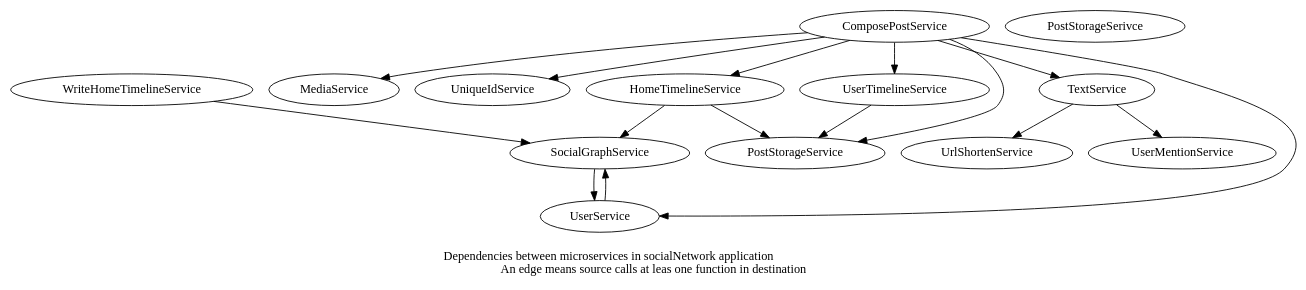
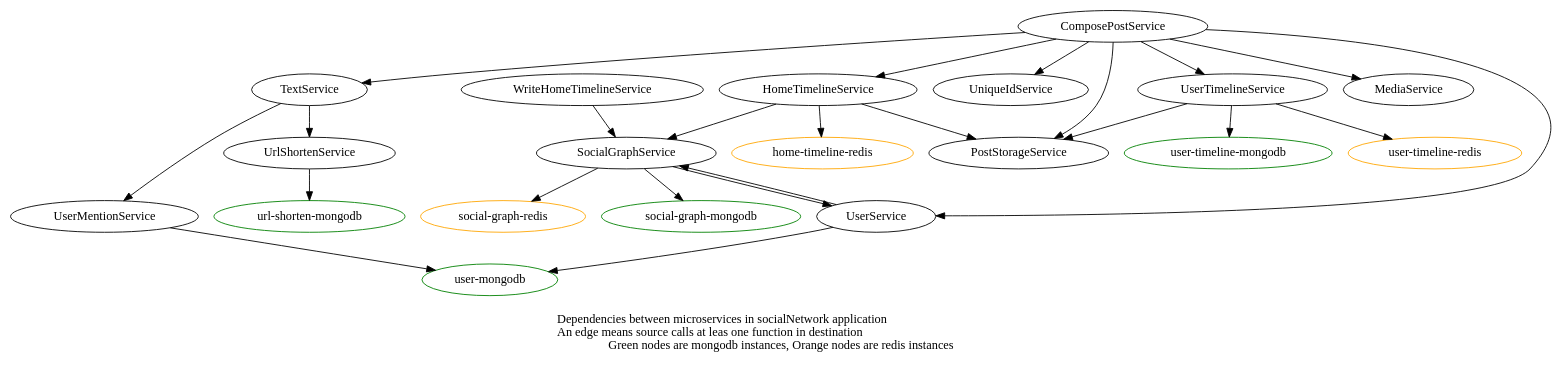
Before and after one commit to hMihaiDavid/DeathStarBench: the diagram in WORK/usgraph/usgraph.dot, drawn with Graphviz. The commit also changed 4 other files, not shown here.

```diff
--- a/WORK/usgraph/usgraph.dot
+++ b/WORK/usgraph/usgraph.dot
@@ -1,32 +1,46 @@
 digraph us_socialNetwork {
-label="\lDependencies between microservices in socialNetwork application\lAn edge means source calls at leas one function in destination"
+label="\lDependencies between microservices in socialNetwork application\lAn edge means source calls at leas one function in destination\lGreen nodes are mongodb instances, Orange nodes are redis instances"
 
 	WriteHomeTimelineService [label="WriteHomeTimelineService"];
 	SocialGraphService [label="SocialGraphService"];
 	WriteHomeTimelineService -> SocialGraphService;
 	UserService [label="UserService"];
 	UserService -> SocialGraphService;
 	SocialGraphService -> UserService;
 	ComposePostService [label="ComposePostService"];
-	MediaService [label="MediaService"];
-	ComposePostService -> MediaService;
 	UniqueIdService [label="UniqueIdService"];
 	ComposePostService -> UniqueIdService;
-	UserTimelineService [label="UserTimelineService"];
-	ComposePostService -> UserTimelineService;
+	PostStorageService [label="PostStorageService"];
+	ComposePostService -> PostStorageService;
+	ComposePostService -> UserService;
 	TextService [label="TextService"];
 	ComposePostService -> TextService;
 	HomeTimelineService [label="HomeTimelineService"];
 	ComposePostService -> HomeTimelineService;
-	ComposePostService -> UserService;
-	PostStorageService [label="PostStorageService"];
-	ComposePostService -> PostStorageService;
+	UserTimelineService [label="UserTimelineService"];
+	ComposePostService -> UserTimelineService;
+	MediaService [label="MediaService"];
+	ComposePostService -> MediaService;
+	UserMentionService [label="UserMentionService"];
+	TextService -> UserMentionService;
 	UrlShortenService [label="UrlShortenService"];
 	TextService -> UrlShortenService;
-	UserMentionService [label="UserMentionService"];
-	TextService -> UserMentionService;
 	UserTimelineService -> PostStorageService;
 	HomeTimelineService -> SocialGraphService;
 	HomeTimelineService -> PostStorageService;
-	PostStorageSerivce [label="PostStorageSerivce"];
+	"social-graph-redis" [label="social-graph-redis",color=orange];
+	SocialGraphService -> "social-graph-redis";
+	"user-timeline-redis" [label="user-timeline-redis",color=orange];
+	UserTimelineService -> "user-timeline-redis";
+	"home-timeline-redis" [label="home-timeline-redis",color=orange];
+	HomeTimelineService -> "home-timeline-redis";
+	"user-mongodb" [label="user-mongodb",color=green];
+	UserMentionService -> "user-mongodb";
+	UserService -> "user-mongodb";
+	"social-graph-mongodb" [label="social-graph-mongodb",color=green];
+	SocialGraphService -> "social-graph-mongodb";
+	"user-timeline-mongodb" [label="user-timeline-mongodb",color=green];
+	UserTimelineService -> "user-timeline-mongodb";
+	"url-shorten-mongodb" [label="url-shorten-mongodb",color=green];
+	UrlShortenService -> "url-shorten-mongodb";
 }
```
